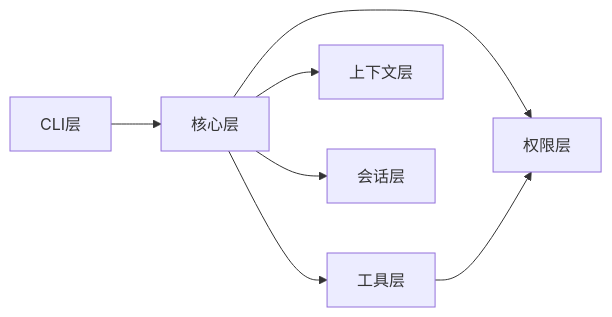
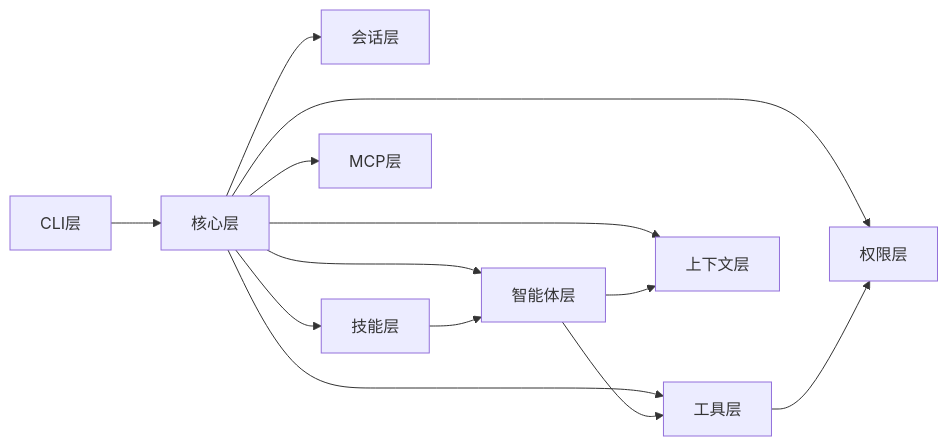
One commit to SSZero-670/easy-agent-cli changed the seventh of 7 diagrams in .qoder/repowiki/zh/content/API参考/工具模块API.md. Above: the diagram before and after it, drawn with Mermaid. The commit also changed other lines of this file and 9 other files, not shown here.

````diff
--- a/.qoder/repowiki/zh/content/API参考/工具模块API.md
+++ b/.qoder/repowiki/zh/content/API参考/工具模块API.md
@@ -272,9 +357,15 @@
 ```mermaid
 graph LR
 CLI["CLI层"] --> CORE["核心层"]
 CORE --> TOOLS["工具层"]
 CORE --> PERM["权限层"]
 CORE --> CTX["上下文层"]
 CORE --> SESS["会话层"]
+CORE --> AGENTS["智能体层"]
+CORE --> SKILL["技能层"]
+CORE --> MCP["MCP层"]
 TOOLS --> PERM
+AGENTS --> TOOLS
+AGENTS --> CTX
+SKILL --> AGENTS
 ```
````
